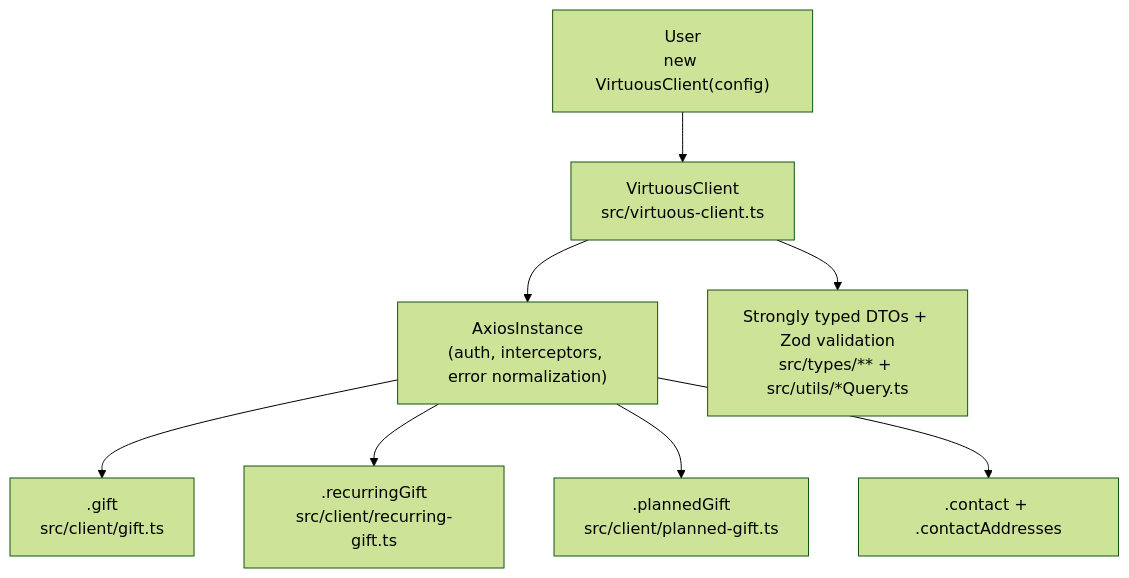
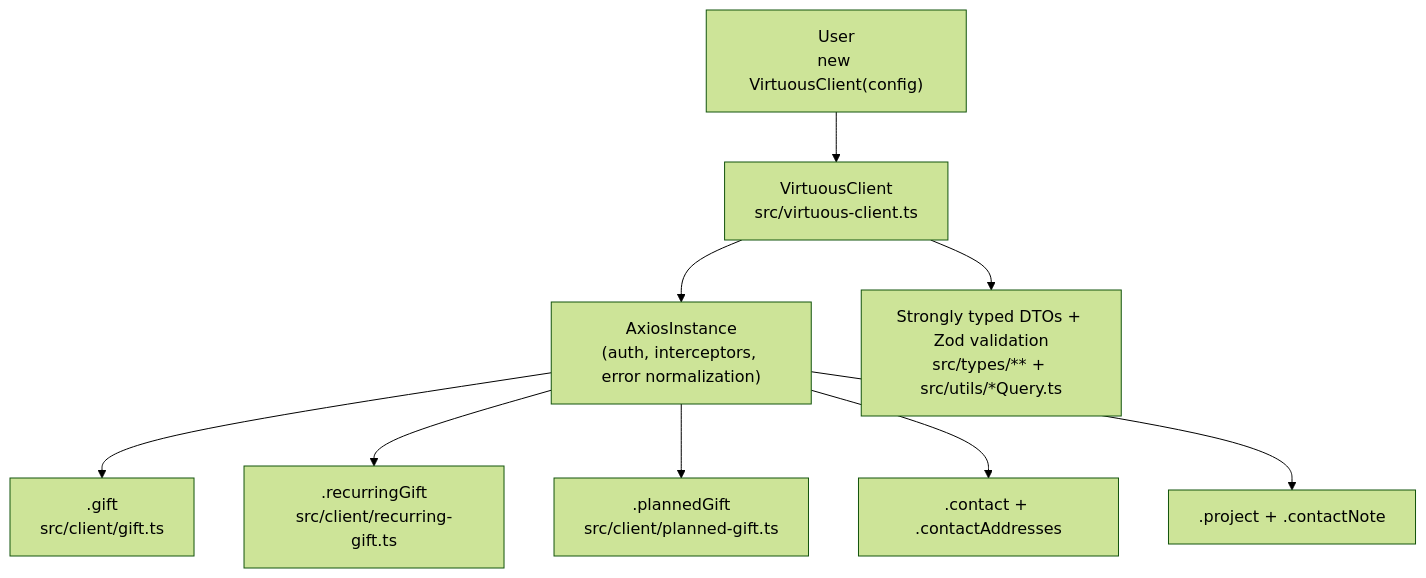
One commit to animalaidunlimited/virtuous-ts changed the diagram in Readme.md. Above: the diagram before and after it, drawn with Mermaid (forest theme). The commit also changed other lines of this file and 19 other files, not shown here.

Commit message:
feat: project and contact-note clients; JSDoc @see links to API reference guide

````diff
--- a/Readme.md
+++ b/Readme.md
@@ -208,10 +210,11 @@
 ```mermaid
 graph TD
     User["User<br/>new VirtuousClient(config)"] --> Client["VirtuousClient<br/>src/virtuous-client.ts"]
     Client --> Axios["AxiosInstance<br/>(auth, interceptors, error normalization)"]
     Axios --> Gift[".gift<br/>src/client/gift.ts"]
     Axios --> Recurring[".recurringGift<br/>src/client/recurring-gift.ts"]
     Axios --> Planned[".plannedGift<br/>src/client/planned-gift.ts"]
     Axios --> Contact[".contact + .contactAddresses"]
+    Axios --> Project[".project + .contactNote"]
     Client --> Types["Strongly typed DTOs + Zod validation<br/>src/types/** + src/utils/*Query.ts"]
 ```
````
